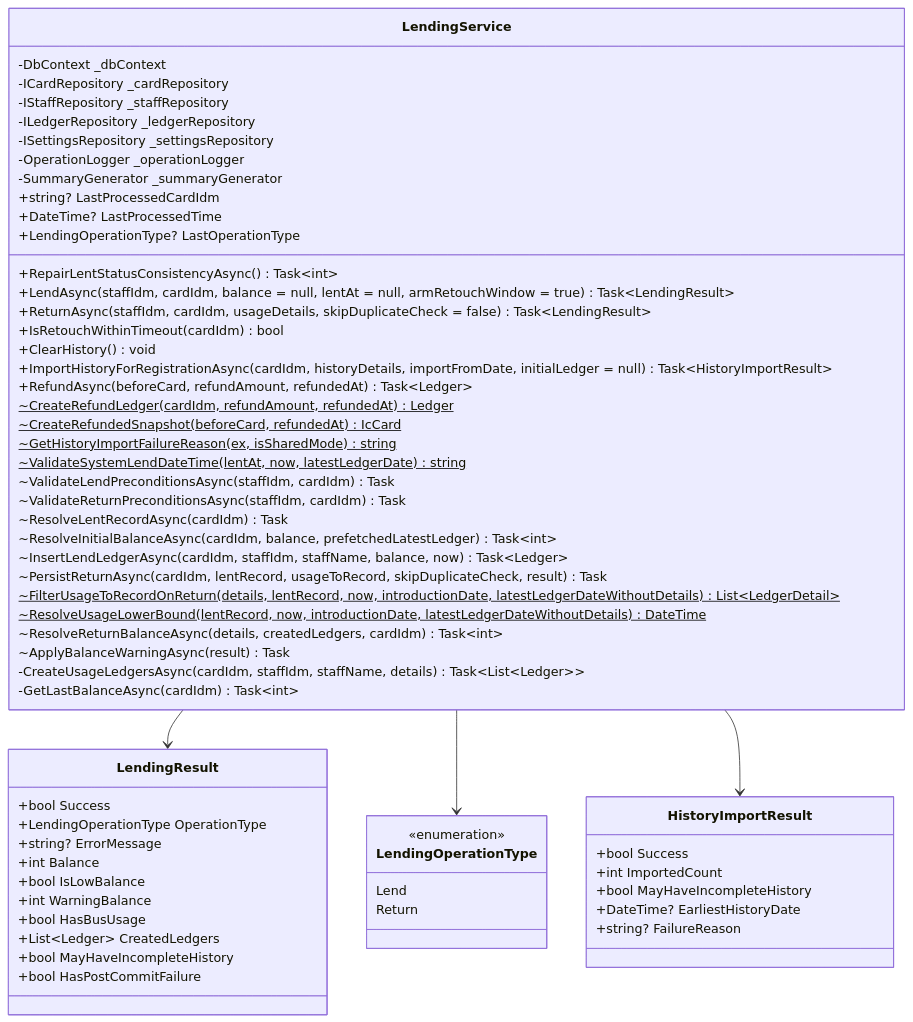
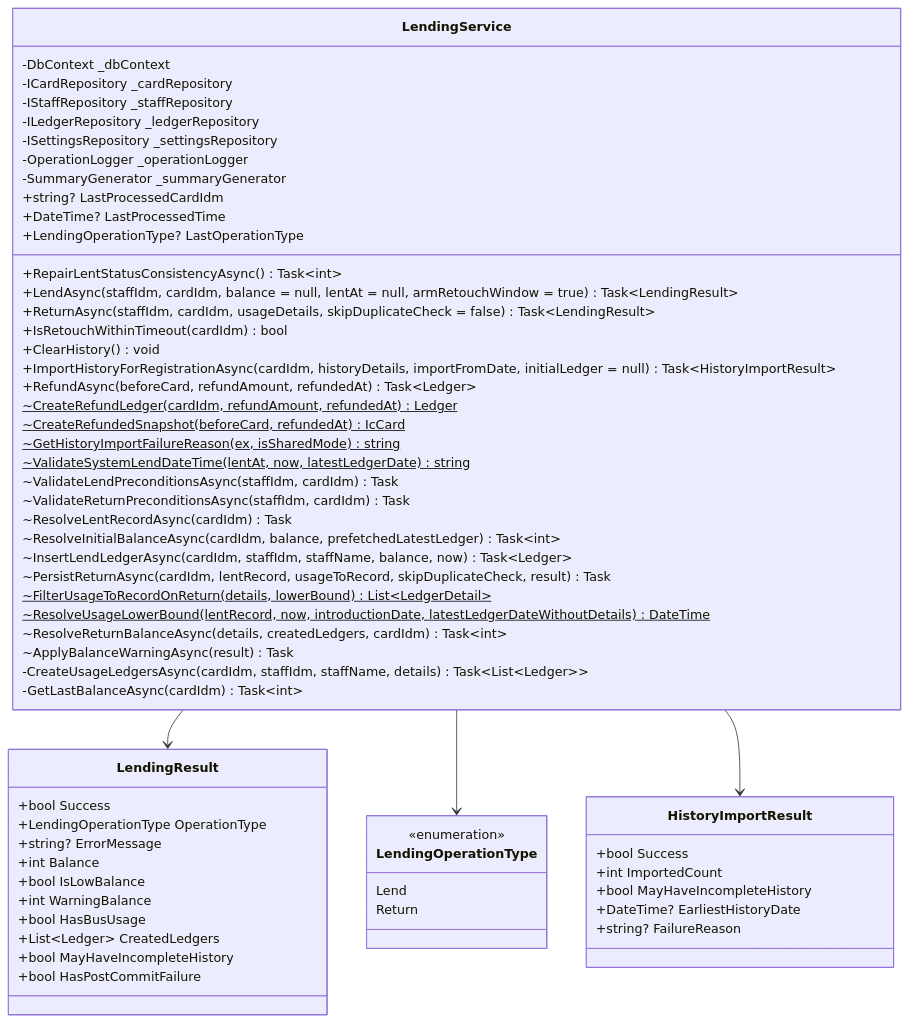
One commit to kuwayamamasayuki/ICCardManager changed the fifth of 53 diagrams in ICCardManager/docs/design/05_クラス設計書.md. Above: the diagram before and after it, drawn with Mermaid. The commit also changed 9 other files, not shown here.

````diff
--- a/ICCardManager/docs/design/05_クラス設計書.md
+++ b/ICCardManager/docs/design/05_クラス設計書.md
@@ -578,69 +578,69 @@
 ```mermaid
 classDiagram
     class LendingService {
         -DbContext _dbContext
         -ICardRepository _cardRepository
         -IStaffRepository _staffRepository
         -ILedgerRepository _ledgerRepository
         -ISettingsRepository _settingsRepository
         -OperationLogger _operationLogger
         -SummaryGenerator _summaryGenerator
         +string? LastProcessedCardIdm
         +DateTime? LastProcessedTime
         +LendingOperationType? LastOperationType
         +RepairLentStatusConsistencyAsync() Task~int~
         +LendAsync(staffIdm, cardIdm, balance = null, lentAt = null, armRetouchWindow = true) Task~LendingResult~
         +ReturnAsync(staffIdm, cardIdm, usageDetails, skipDuplicateCheck = false) Task~LendingResult~
         +IsRetouchWithinTimeout(cardIdm) bool
         +ClearHistory() void
         +ImportHistoryForRegistrationAsync(cardIdm, historyDetails, importFromDate, initialLedger = null) Task~HistoryImportResult~
         +RefundAsync(beforeCard, refundAmount, refundedAt) Task~Ledger~
         ~CreateRefundLedger(cardIdm, refundAmount, refundedAt)$ Ledger
         ~CreateRefundedSnapshot(beforeCard, refundedAt)$ IcCard
         ~GetHistoryImportFailureReason(ex, isSharedMode)$ string
         ~ValidateSystemLendDateTime(lentAt, now, latestLedgerDate)$ string
         ~ValidateLendPreconditionsAsync(staffIdm, cardIdm) Task
         ~ValidateReturnPreconditionsAsync(staffIdm, cardIdm) Task
         ~ResolveLentRecordAsync(cardIdm) Task
         ~ResolveInitialBalanceAsync(cardIdm, balance, prefetchedLatestLedger) Task~int~
         ~InsertLendLedgerAsync(cardIdm, staffIdm, staffName, balance, now) Task~Ledger~
         ~PersistReturnAsync(cardIdm, lentRecord, usageToRecord, skipDuplicateCheck, result) Task
-        ~FilterUsageToRecordOnReturn(details, lentRecord, now, introductionDate, latestLedgerDateWithoutDetails)$ List~LedgerDetail~
+        ~FilterUsageToRecordOnReturn(details, lowerBound)$ List~LedgerDetail~
         ~ResolveUsageLowerBound(lentRecord, now, introductionDate, latestLedgerDateWithoutDetails)$ DateTime
         ~ResolveReturnBalanceAsync(details, createdLedgers, cardIdm) Task~int~
         ~ApplyBalanceWarningAsync(result) Task
         -CreateUsageLedgersAsync(cardIdm, staffIdm, staffName, details) Task~List~Ledger~~
         -GetLastBalanceAsync(cardIdm) Task~int~
     }
 
     class LendingResult {
         +bool Success
         +LendingOperationType OperationType
         +string? ErrorMessage
         +int Balance
         +bool IsLowBalance
         +int WarningBalance
         +bool HasBusUsage
         +List~Ledger~ CreatedLedgers
         +bool MayHaveIncompleteHistory
         +bool HasPostCommitFailure
     }
 
     class LendingOperationType {
         <<enumeration>>
         Lend
         Return
     }
 
     class HistoryImportResult {
         +bool Success
         +int ImportedCount
         +bool MayHaveIncompleteHistory
         +DateTime? EarliestHistoryDate
         +string? FailureReason
     }
 
     LendingService --> LendingResult
     LendingService --> LendingOperationType
     LendingService --> HistoryImportResult
 ```
````
